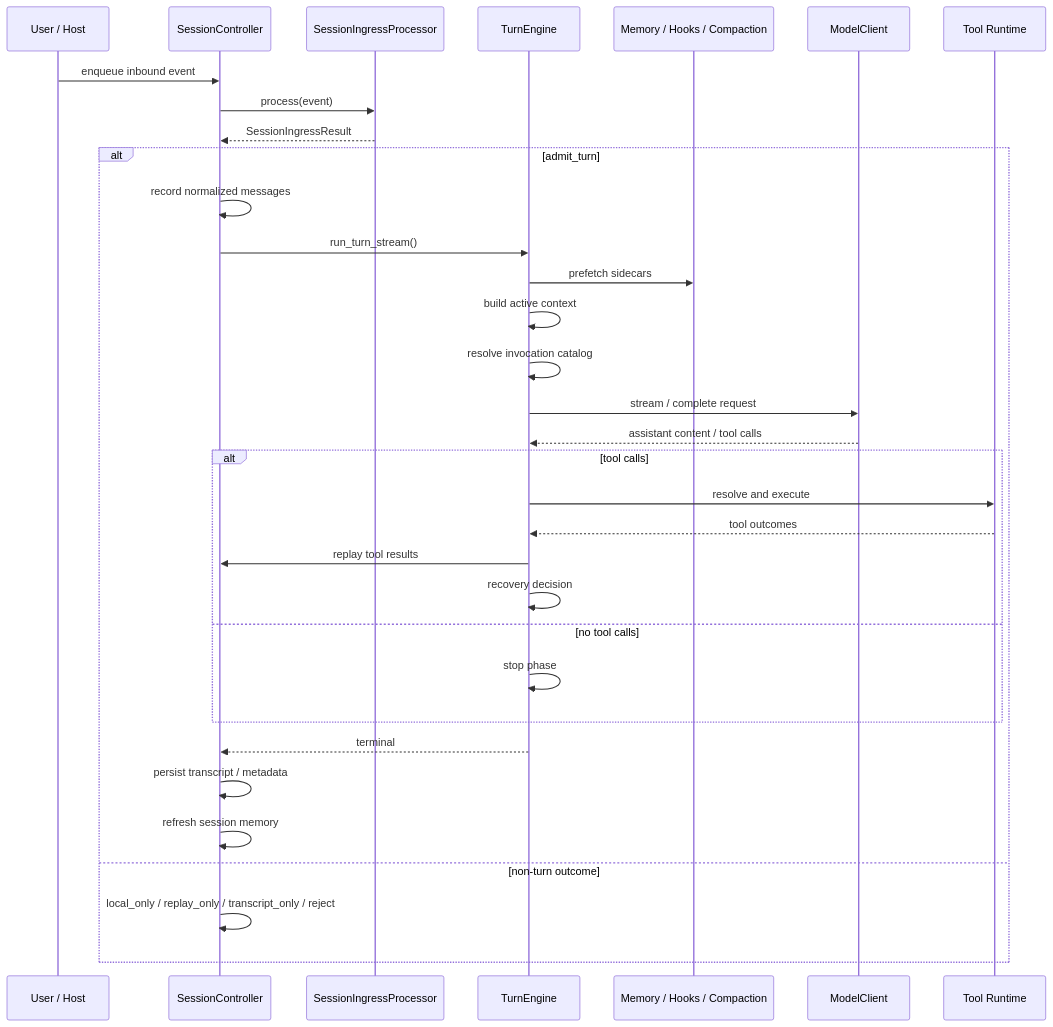
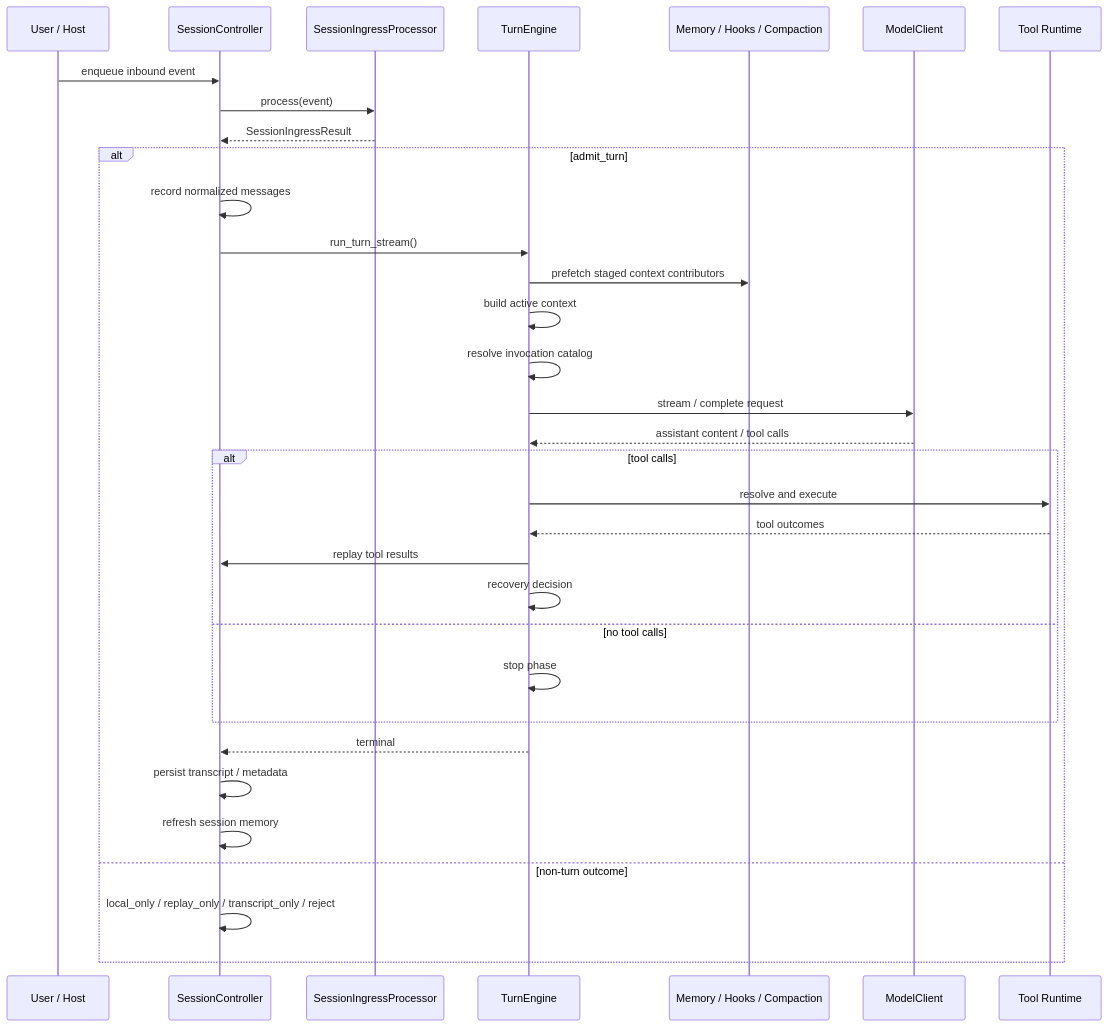
One commit to xyz2b/weave-ai-runtime changed the second of 2 diagrams in docs/runtime-integration-guide.md. Above: the diagram before and after it, drawn with Mermaid. The commit also changed other lines of this file and 11 other files, not shown here.

````diff
--- a/docs/runtime-integration-guide.md
+++ b/docs/runtime-integration-guide.md
@@ -812,39 +818,39 @@
 ```mermaid
 sequenceDiagram
     participant Caller as User / Host
     participant Session as SessionController
     participant Ingress as SessionIngressProcessor
     participant Turn as TurnEngine
     participant Sidecars as Memory / Hooks / Compaction
     participant Model as ModelClient
     participant Tools as Tool Runtime
 
     Caller->>Session: enqueue inbound event
     Session->>Ingress: process(event)
     Ingress-->>Session: SessionIngressResult
 
     alt admit_turn
         Session->>Session: record normalized messages
         Session->>Turn: run_turn_stream()
-        Turn->>Sidecars: prefetch sidecars
+        Turn->>Sidecars: prefetch staged context contributors
         Turn->>Turn: build active context
         Turn->>Turn: resolve invocation catalog
         Turn->>Model: stream / complete request
         Model-->>Turn: assistant content / tool calls
 
         alt tool calls
             Turn->>Tools: resolve and execute
             Tools-->>Turn: tool outcomes
             Turn->>Session: replay tool results
             Turn->>Turn: recovery decision
         else no tool calls
             Turn->>Turn: stop phase
         end
 
         Turn-->>Session: terminal
         Session->>Session: persist transcript / metadata
         Session->>Session: refresh session memory
     else non-turn outcome
         Session->>Session: local_only / replay_only / transcript_only / reject
     end
 ```
````
